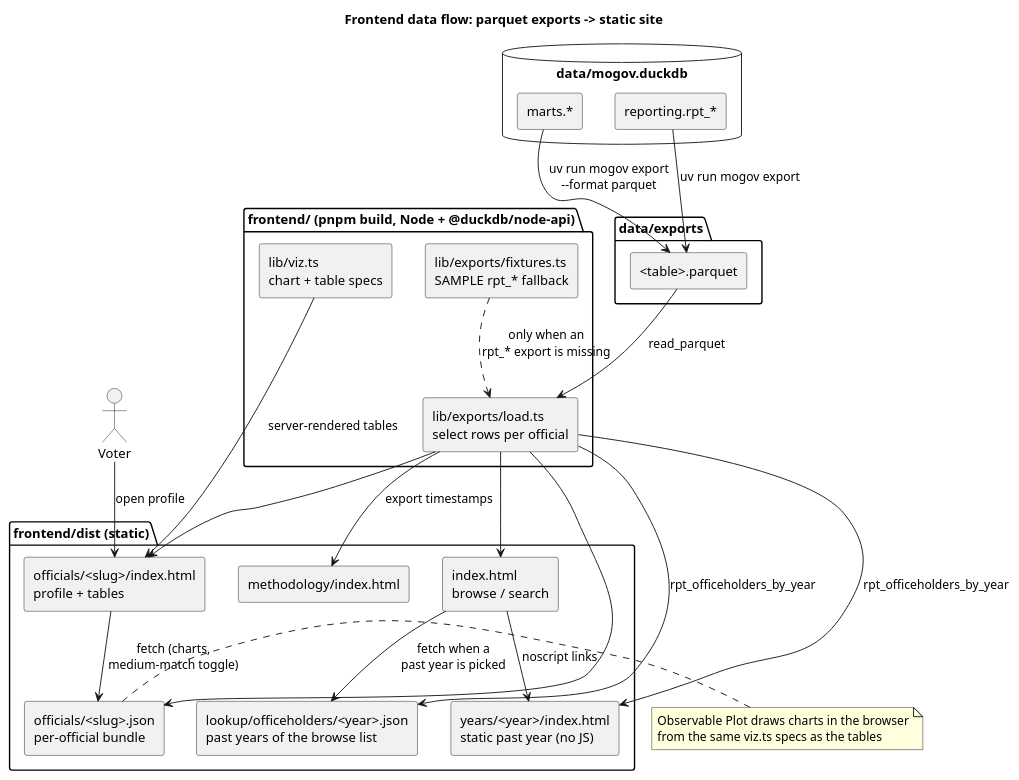
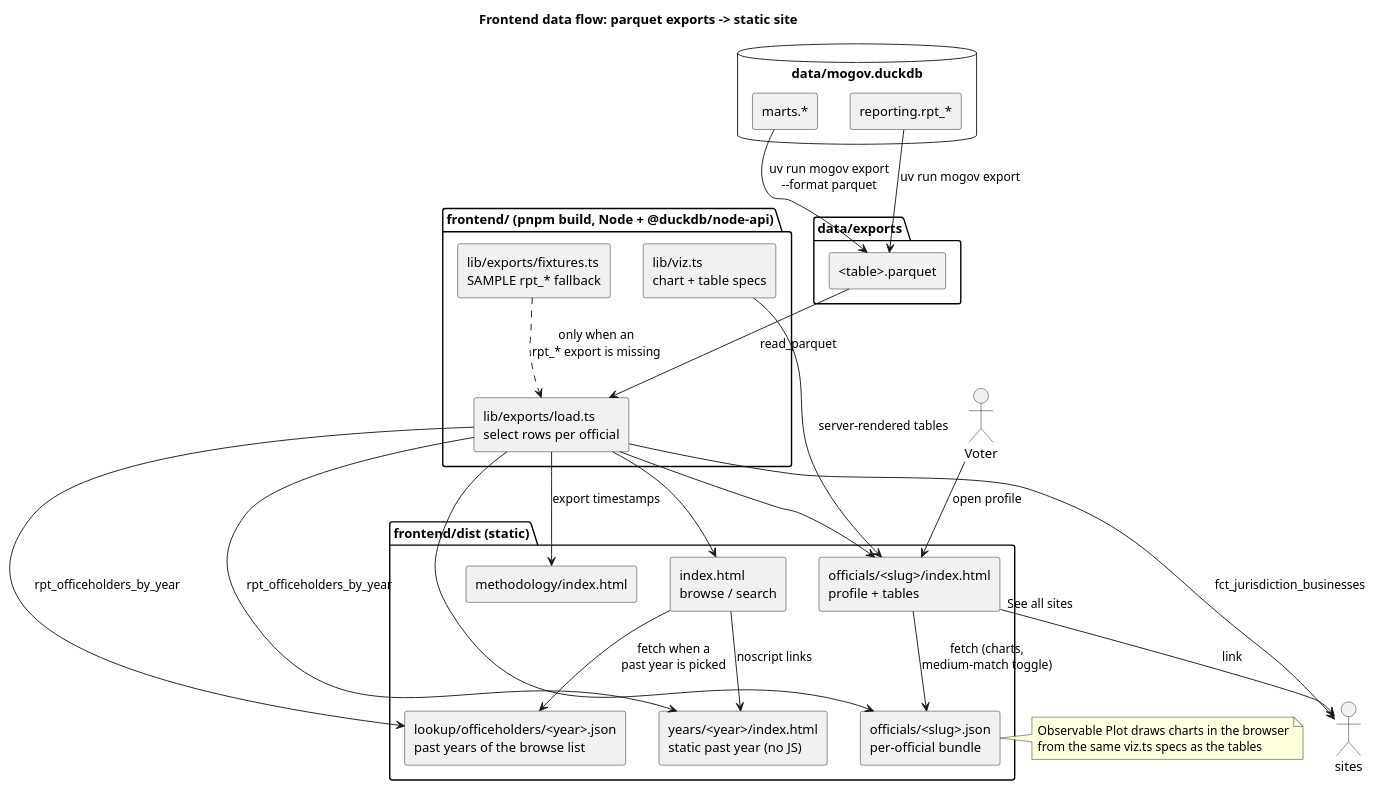
The diagram in docs/diagrams/frontend_data_flow.puml (akettmann/missouri_gov_feed), drawn with PlantUML before and after one commit. The commit also changed 6 other files, not shown here.

```diff
--- a/docs/diagrams/frontend_data_flow.puml
+++ b/docs/diagrams/frontend_data_flow.puml
@@ -1,50 +1,52 @@
 @startuml frontend_data_flow
 title Frontend data flow: parquet exports -> static site
 skinparam componentStyle rectangle
 
 database "data/mogov.duckdb" as wh {
   [marts.*] as marts
   [reporting.rpt_*] as rpt
 }
 
 folder "data/exports" as exports {
   [<table>.parquet] as pq
 }
 
 package "frontend/ (pnpm build, Node + @duckdb/node-api)" {
   [lib/exports/load.ts\nselect rows per official] as load
   [lib/exports/fixtures.ts\nSAMPLE rpt_* fallback] as fixtures
   [lib/viz.ts\nchart + table specs] as viz
 }
 
 folder "frontend/dist (static)" as dist {
   [index.html\nbrowse / search] as idx
   [lookup/officeholders/<year>.json\npast years of the browse list] as yearjson
   [years/<year>/index.html\nstatic past year (no JS)] as yearpage
   [officials/<slug>/index.html\nprofile + tables] as page
   [officials/<slug>.json\nper-official bundle] as json
   [methodology/index.html] as meth
 }
 
 actor Voter as voter
 
 marts --> pq : uv run mogov export\n--format parquet
 rpt --> pq : uv run mogov export
 pq --> load : read_parquet
 fixtures ..> load : only when an\nrpt_* export is missing
 load --> idx
 load --> yearjson : rpt_officeholders_by_year
 idx --> yearjson : fetch when a\npast year is picked
 load --> yearpage : rpt_officeholders_by_year
 idx --> yearpage : noscript links
 load --> page
 load --> json
+load --> sites : fct_jurisdiction_businesses
+page --> sites : "See all sites" link
 load --> meth : export timestamps
 viz --> page : server-rendered tables
 voter --> page : open profile
 page --> json : fetch (charts,\nmedium-match toggle)
 note right of json
   Observable Plot draws charts in the browser
   from the same viz.ts specs as the tables
 end note
 @enduml
```
